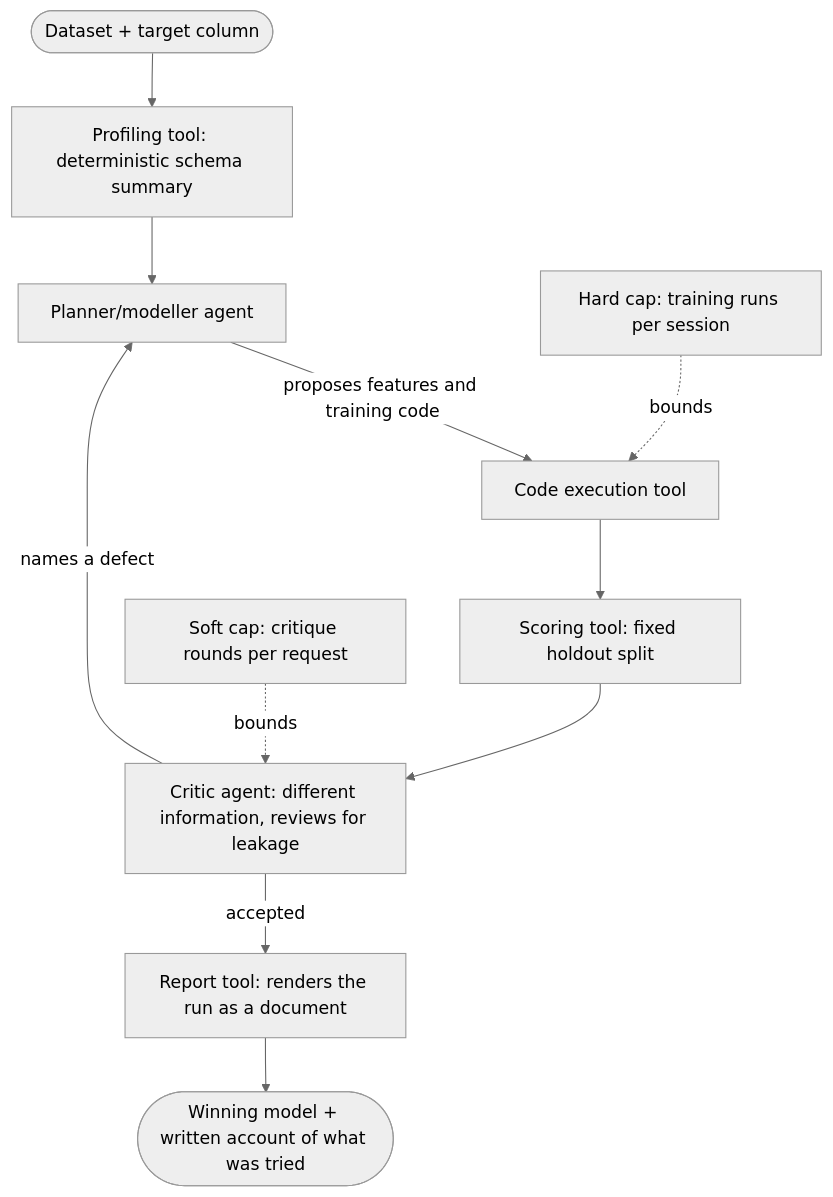
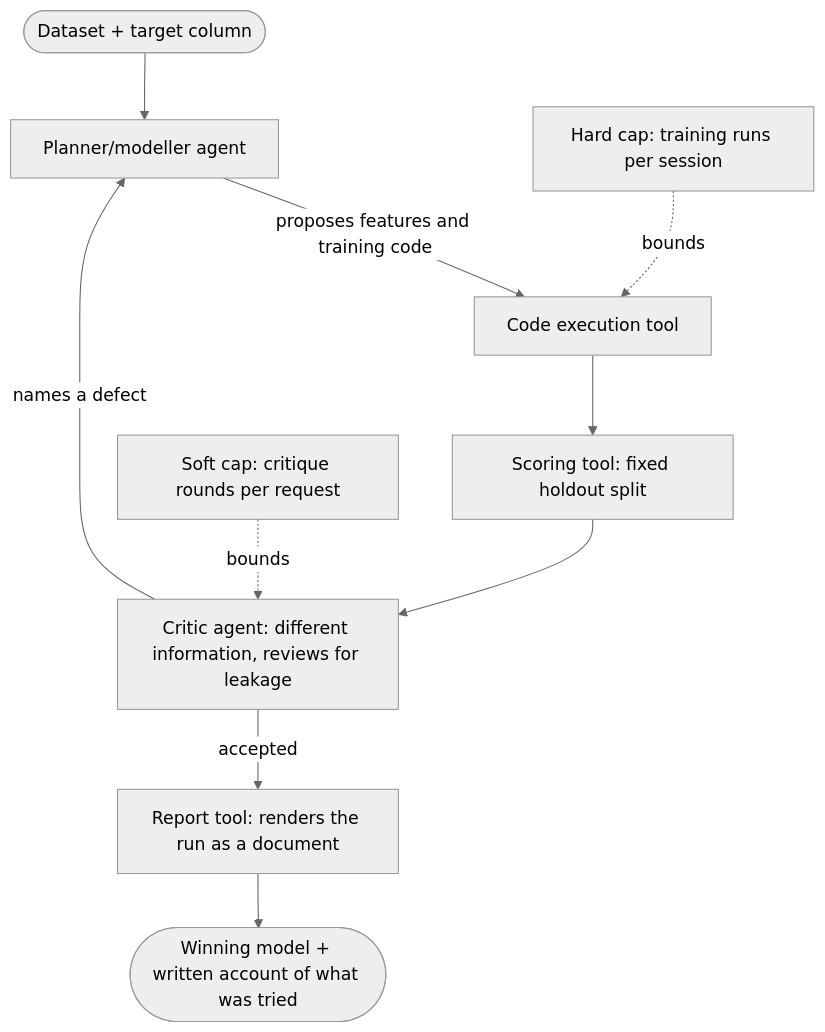
One commit to kcholyshere/Baseline-critic changed the third of 3 diagrams in ARCHITECTURE.md. Above: the diagram before and after it, drawn with Mermaid (neutral theme). The commit also changed other lines of this file, not shown here.

First line of the commit message:
Simplify ARCHITECTURE.md to one architecture diagram and one data flow diagram

````diff
--- a/ARCHITECTURE.md
+++ b/ARCHITECTURE.md
@@ -68,14 +66,13 @@
 ```mermaid
 flowchart TD
-    Start(["Dataset + target column"]) --> Profile["Profiling tool: deterministic schema summary"]
-    Profile --> Plan["Planner/modeller agent"]
+    Start(["Dataset + target column"]) --> Plan["Planner/modeller agent"]
     Plan -->|"proposes features and training code"| CodeExec["Code execution tool"]
     CodeExec --> Score["Scoring tool: fixed holdout split"]
     Score --> Critique["Critic agent: different information, reviews for leakage"]
     Critique -->|"names a defect"| Plan
     Critique -->|"accepted"| Report["Report tool: renders the run as a document"]
     Report --> End(["Winning model + written account of what was tried"])
 
     HardCap["Hard cap: training runs per session"] -.bounds.-> CodeExec
     SoftCap["Soft cap: critique rounds per request"] -.bounds.-> Critique
 ```
````
